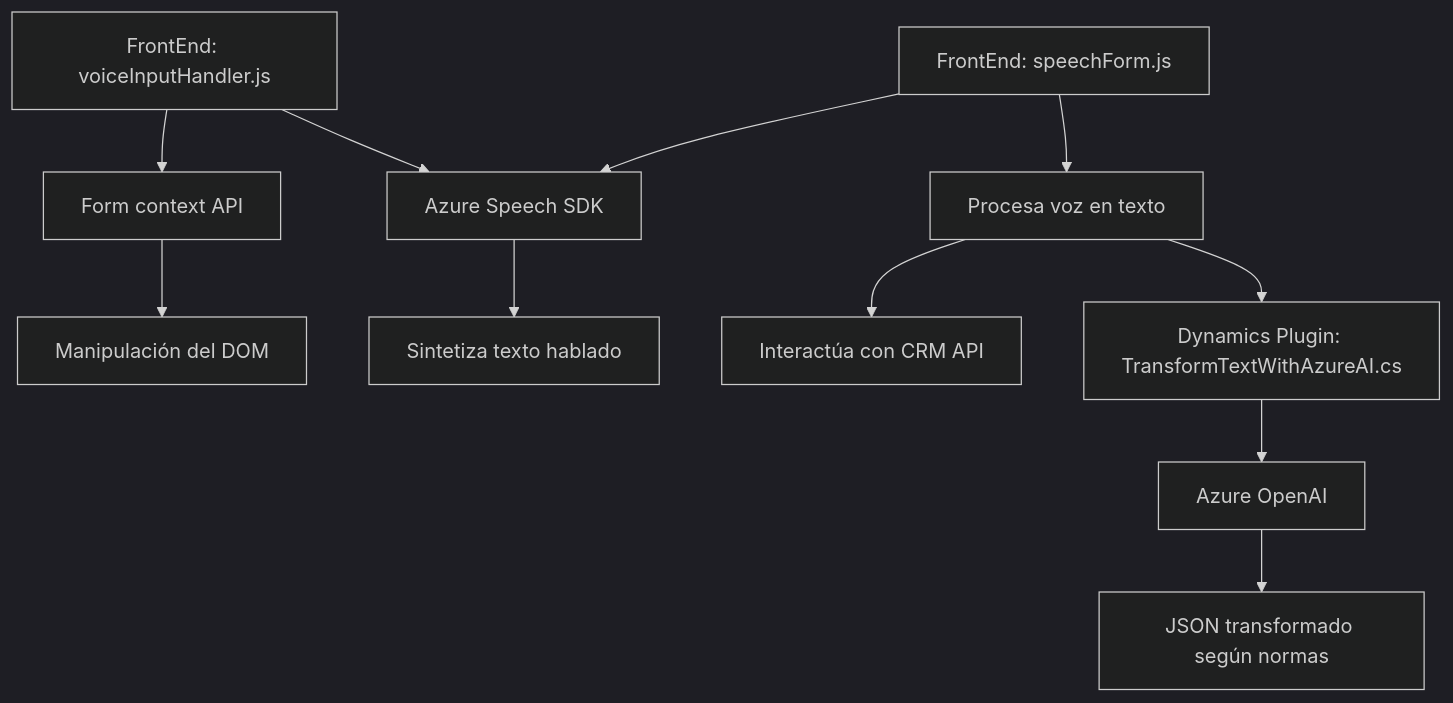
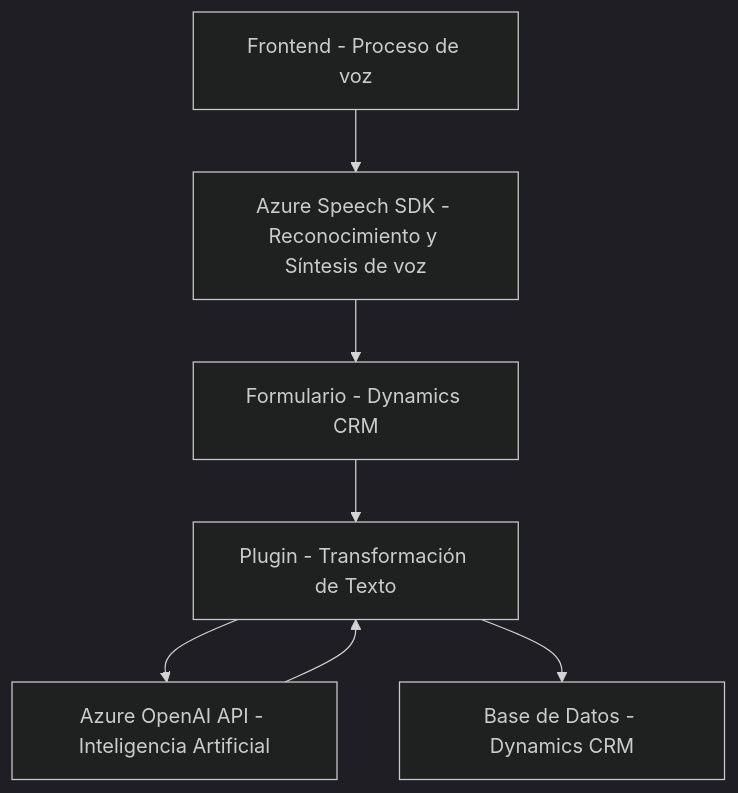
One commit to blopezdm/NETCORE_BILBAO2025 changed the diagram in README.md. Above: the diagram before and after it, drawn with Mermaid (dark theme). The commit also changed other lines of this file, not shown here.

Commit message:
Actualizar análisis global de la solución con IA

````diff
--- a/README.md
+++ b/README.md
@@ -24,15 +62,16 @@
 ```mermaid
 graph TD
-    A["FrontEnd: voiceInputHandler.js"] --> B["Azure Speech SDK"]
-    A --> C["Form context API"]
-    C --> D["Manipulación del DOM"]
-    B --> E["Sintetiza texto hablado"]
+    A["Frontend - Proceso de voz"]
+    B["Azure Speech SDK - Reconocimiento y Síntesis de voz"]
+    C["Formulario - Dynamics CRM"]
+    D["Plugin - Transformación de Texto"]
+    E["Azure OpenAI API - Inteligencia Artificial"]
+    F["Base de Datos - Dynamics CRM"]
 
-    F["FrontEnd: speechForm.js"] --> B
-    F --> G["Procesa voz en texto"]
-    G --> H["Interactúa con CRM API"]
-    G --> I["Llama API externa personalizada"]
-    
-    I["Dynamics Plugin: TransformTextWithAzureAI.cs"] --> J["Azure OpenAI"]
-    J["Azure OpenAI"] --> K["JSON transformado según normas"]
+    A --> B
+    B --> C
+    C --> D
+    D --> E
+    E --> D
+    D --> F
 ```
````
